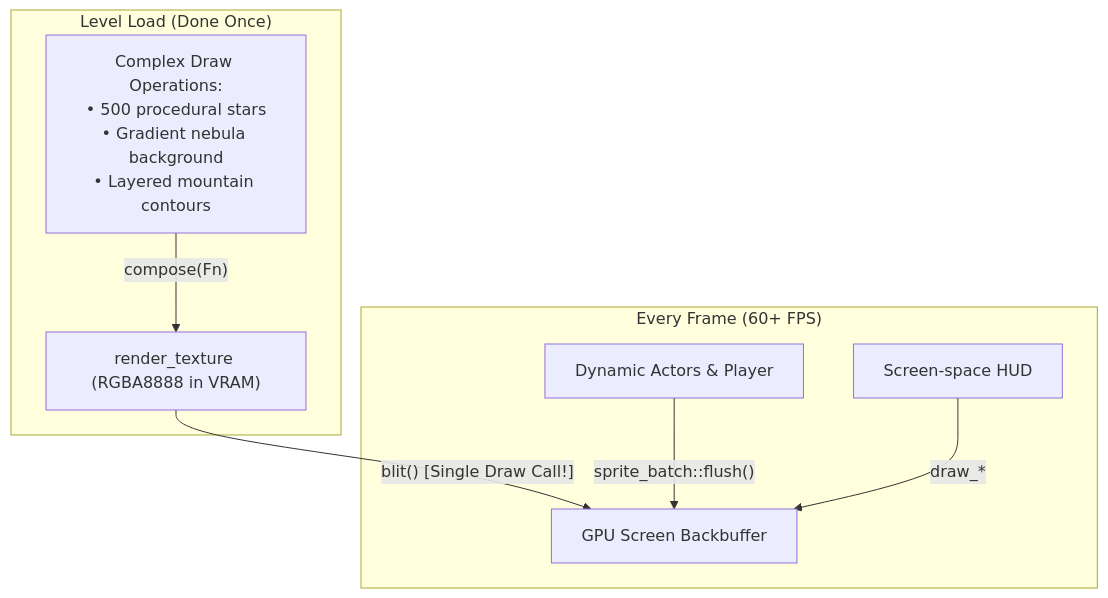
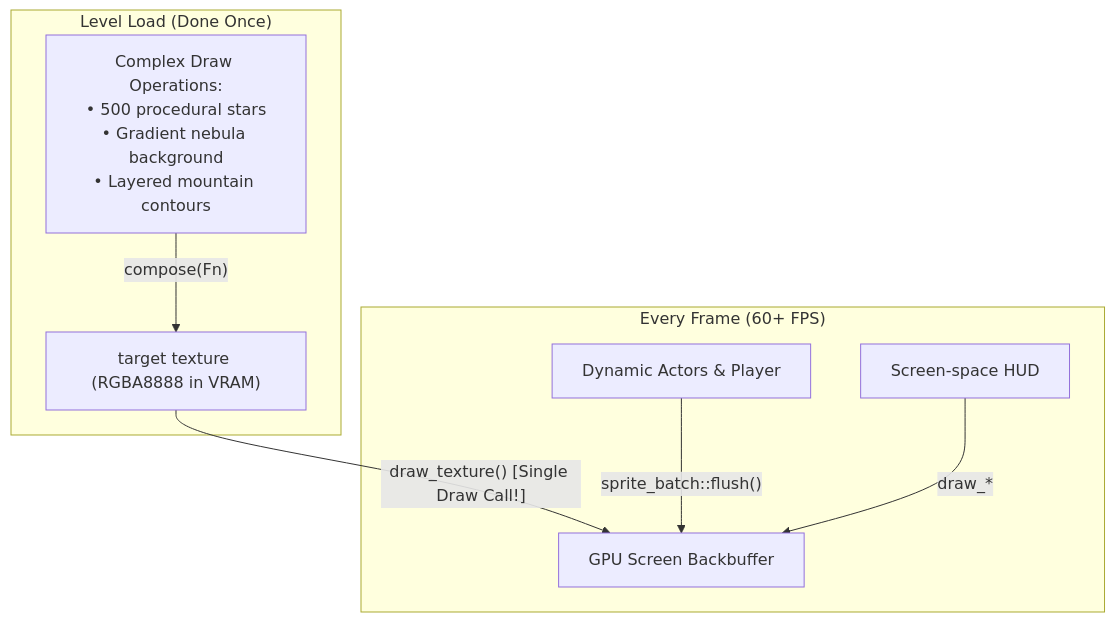
The first of 2 diagrams in website/docs/tutorial/drawing/04-render-textures.md (devbrain/neutrino), drawn with Mermaid before and after one commit. The commit also changed other lines of this file and 32 other files, not shown here.

````diff
--- a/website/docs/tutorial/drawing/04-render-textures.md
+++ b/website/docs/tutorial/drawing/04-render-textures.md
@@ -26,14 +26,14 @@
 ```mermaid
 flowchart TD
     subgraph Bake ["Level Load (Done Once)"]
         DrawOps["Complex Draw Operations:<br/>• 500 procedural stars<br/>• Gradient nebula background<br/>• Layered mountain contours"]
-        TargetTex["render_texture (RGBA8888 in VRAM)"]
+        TargetTex["target texture (RGBA8888 in VRAM)"]
         DrawOps -->|"compose(Fn)"| TargetTex
     end
 
     subgraph FrameLoop ["Every Frame (60+ FPS)"]
-        TargetTex -->|"blit() [Single Draw Call!]"| Screen["GPU Screen Backbuffer"]
+        TargetTex -->|"draw_texture() [Single Draw Call!]"| Screen["GPU Screen Backbuffer"]
         DynamicActors["Dynamic Actors & Player"] -->|"sprite_batch::flush()"| Screen
         HUD["Screen-space HUD"] -->|"draw_*"| Screen
     end
 ```
````
